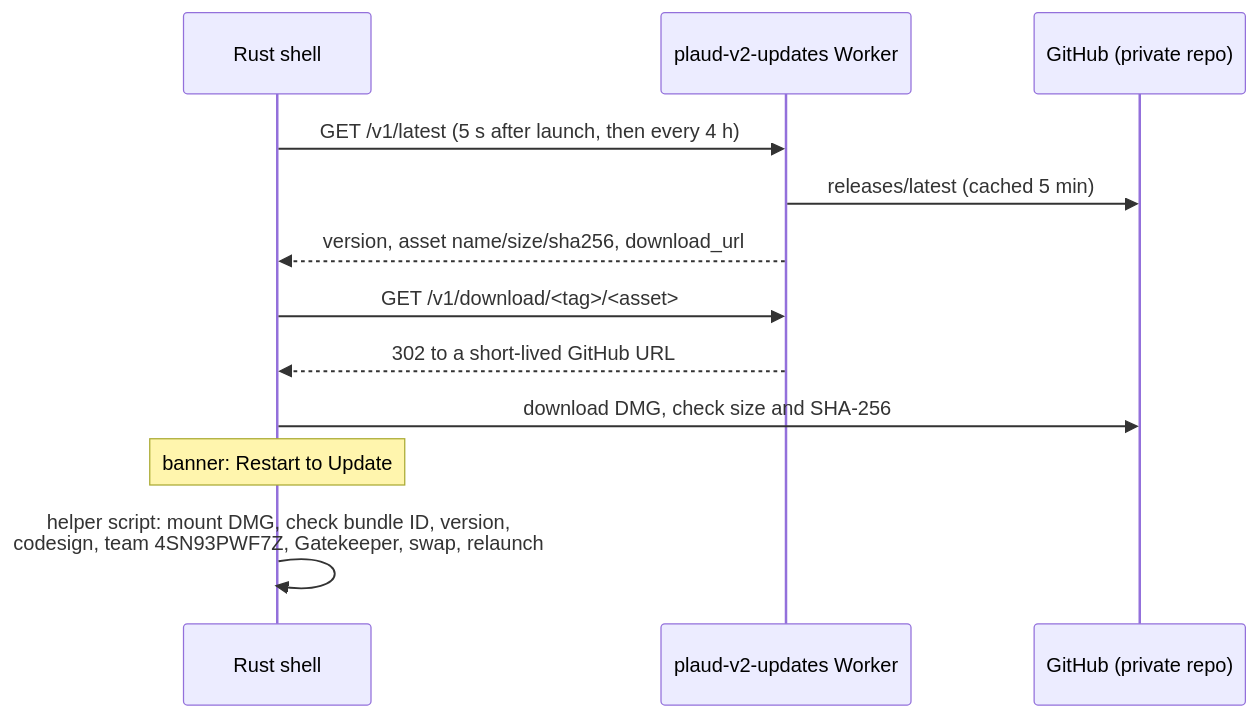
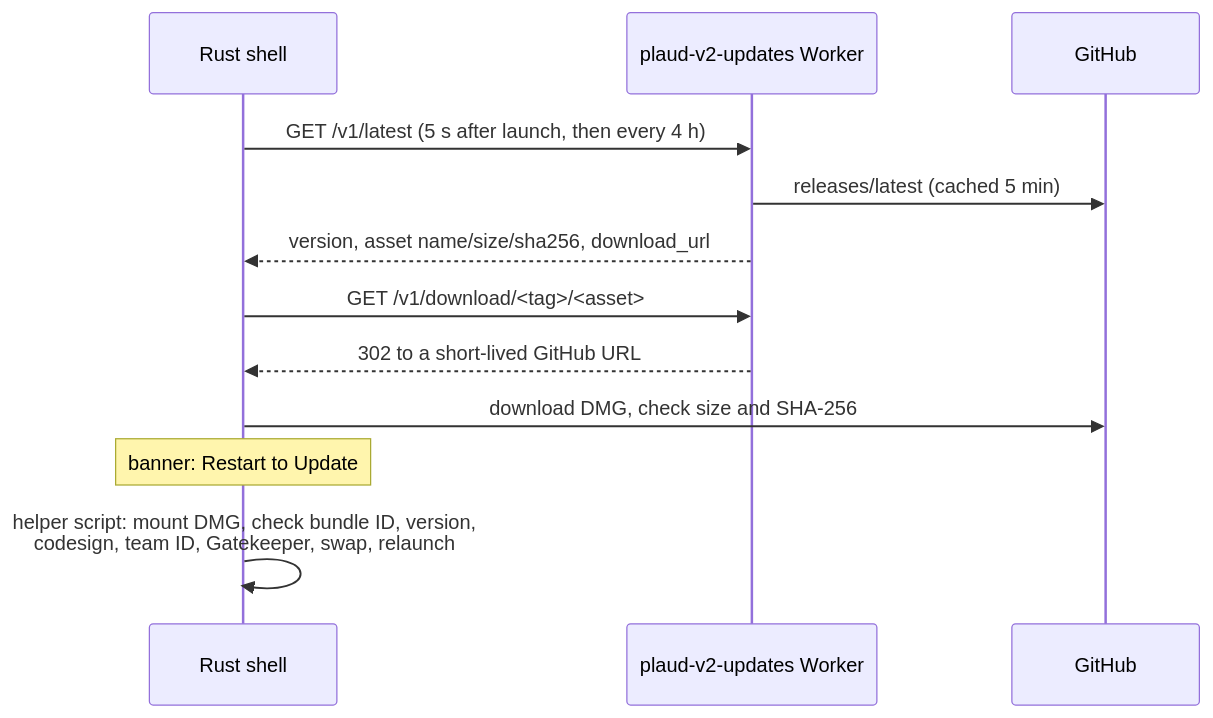
One commit to Obednal97/OpenPin changed the second of 2 diagrams in docs/ARCHITECTURE.md. Above: the diagram before and after it, drawn with Mermaid. The commit also changed other lines of this file and 7 other files, not shown here.

````diff
--- a/docs/ARCHITECTURE.md
+++ b/docs/ARCHITECTURE.md
@@ -332,14 +358,14 @@
 ```mermaid
 sequenceDiagram
     participant App as Rust shell
     participant W as plaud-v2-updates Worker
-    participant GH as GitHub (private repo)
+    participant GH as GitHub
     App->>W: GET /v1/latest (5 s after launch, then every 4 h)
     W->>GH: releases/latest (cached 5 min)
     W-->>App: version, asset name/size/sha256, download_url
     App->>W: GET /v1/download/<tag>/<asset>
     W-->>App: 302 to a short-lived GitHub URL
     App->>GH: download DMG, check size and SHA-256
     Note over App: banner: Restart to Update
-    App->>App: helper script: mount DMG, check bundle ID, version,<br/>codesign, team 4SN93PWF7Z, Gatekeeper, swap, relaunch
+    App->>App: helper script: mount DMG, check bundle ID, version,<br/>codesign, team ID, Gatekeeper, swap, relaunch
 ```
````
